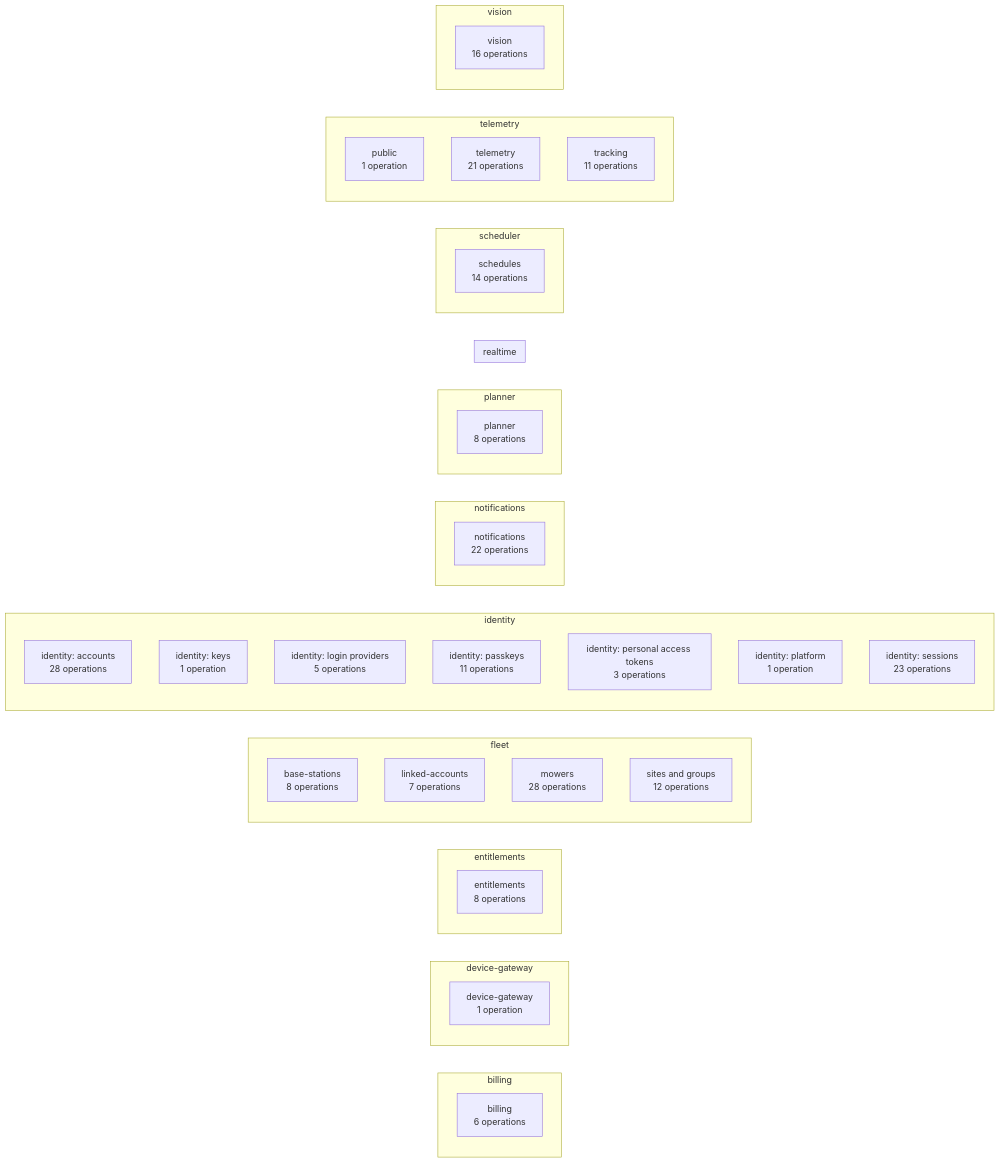
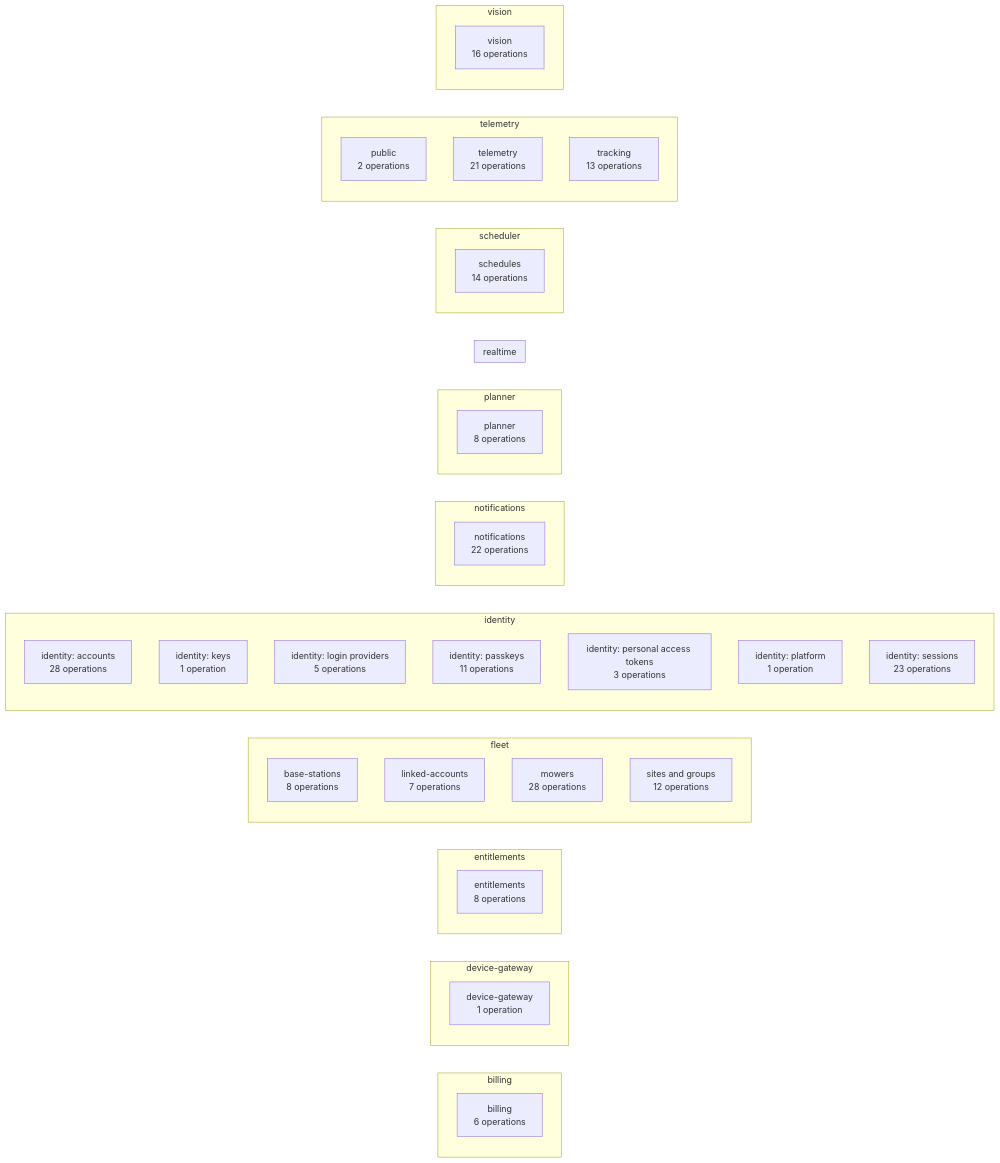
Before and after one commit to lukislp/mowdeck: diagram 14 of 15 in docs/architecture/generated.md, drawn with Mermaid. The commit also changed other lines of this file and 37 other files, not shown here.

````diff
--- a/docs/architecture/generated.md
+++ b/docs/architecture/generated.md
@@ -435,57 +435,57 @@
 ```mermaid
 flowchart LR
   subgraph billing["billing"]
     direction TB
     billing_billing["billing<br/>6 operations"]
   end
   subgraph device_gateway["device-gateway"]
     direction TB
     device_gateway_device_gateway["device-gateway<br/>1 operation"]
   end
   subgraph entitlements["entitlements"]
     direction TB
     entitlements_entitlements["entitlements<br/>8 operations"]
   end
   subgraph fleet["fleet"]
     direction TB
     fleet_base_stations["base-stations<br/>8 operations"]
     fleet_linked_accounts["linked-accounts<br/>7 operations"]
     fleet_mowers["mowers<br/>28 operations"]
     fleet_sites_and_groups["sites and groups<br/>12 operations"]
   end
   subgraph identity["identity"]
     direction TB
     identity_identity__accounts["identity: accounts<br/>28 operations"]
     identity_identity__keys["identity: keys<br/>1 operation"]
     identity_identity__login_providers["identity: login providers<br/>5 operations"]
     identity_identity__passkeys["identity: passkeys<br/>11 operations"]
     identity_identity__personal_access_tokens["identity: personal access tokens<br/>3 operations"]
     identity_identity__platform["identity: platform<br/>1 operation"]
     identity_identity__sessions["identity: sessions<br/>23 operations"]
   end
   subgraph notifications["notifications"]
     direction TB
     notifications_notifications["notifications<br/>22 operations"]
   end
   subgraph planner["planner"]
     direction TB
     planner_planner["planner<br/>8 operations"]
   end
   subgraph realtime["realtime"]
     direction TB
   end
   subgraph scheduler["scheduler"]
     direction TB
     scheduler_schedules["schedules<br/>14 operations"]
   end
   subgraph telemetry["telemetry"]
     direction TB
-    telemetry_public["public<br/>1 operation"]
+    telemetry_public["public<br/>2 operations"]
     telemetry_telemetry["telemetry<br/>21 operations"]
-    telemetry_tracking["tracking<br/>11 operations"]
+    telemetry_tracking["tracking<br/>13 operations"]
   end
   subgraph vision["vision"]
     direction TB
     vision_vision["vision<br/>16 operations"]
   end
 ```
````
